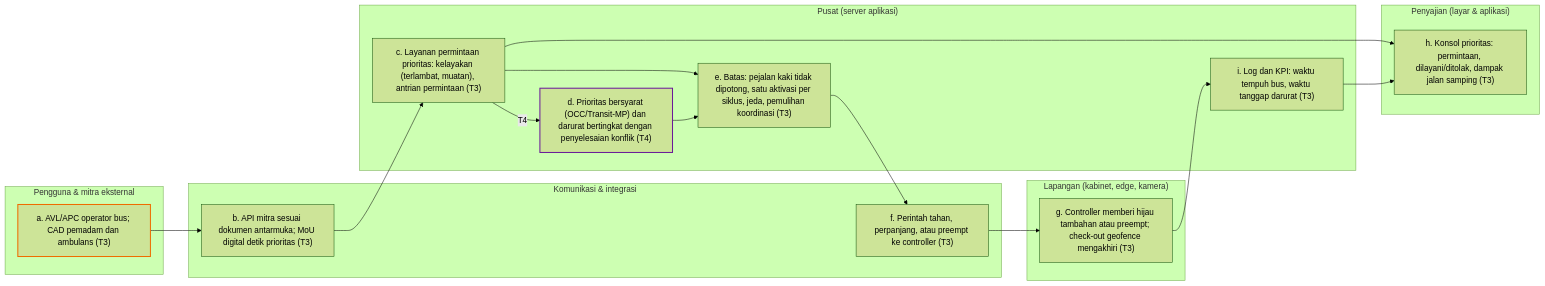
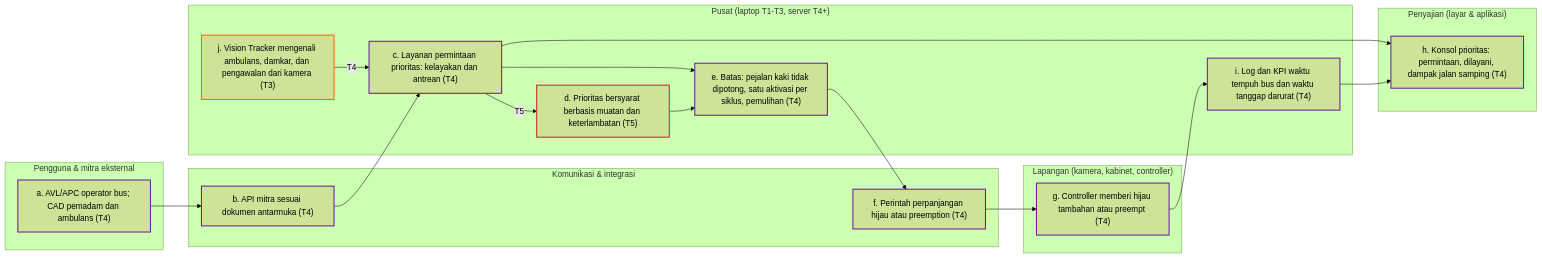
One commit to lionateofhaidar/irama-project changed the eighth of 12 diagrams in docs/planning/diagram/_bagian_diagram.md. Above: the diagram before and after it, drawn with Mermaid (forest theme). The commit also changed other lines of this file and 75 other files, not shown here.

First line of the commit message:
Revisi fokus T2 Vision Tracker dan Optimasi Simpang; dokumen 14 sampai 16; diagram dirutekan ulang

````diff
--- a/docs/planning/diagram/_bagian_diagram.md
+++ b/docs/planning/diagram/_bagian_diagram.md
@@ -409,34 +442,40 @@
 ```mermaid
 flowchart LR
   subgraph P["Pengguna & mitra eksternal"]
-    F08a["a. AVL/APC operator bus; CAD pemadam dan ambulans (T3)"]
+    F08a["a. AVL/APC operator bus; CAD pemadam dan ambulans (T4)"]
   end
   subgraph U["Penyajian (layar & aplikasi)"]
-    F08h["h. Konsol prioritas: permintaan, dilayani/ditolak, dampak jalan samping (T3)"]
+    F08h["h. Konsol prioritas: permintaan, dilayani, dampak jalan samping (T4)"]
   end
-  subgraph S["Pusat (server aplikasi)"]
-    F08c["c. Layanan permintaan prioritas: kelayakan (terlambat, muatan), antrian permintaan (T3)"]
-    F08d["d. Prioritas bersyarat (OCC/Transit-MP) dan darurat bertingkat dengan penyelesaian konflik (T4)"]
-    F08e["e. Batas: pejalan kaki tidak dipotong, satu aktivasi per siklus, jeda, pemulihan koordinasi (T3)"]
-    F08i["i. Log dan KPI: waktu tempuh bus, waktu tanggap darurat (T3)"]
+  subgraph S["Pusat (laptop T1-T3, server T4+)"]
+    F08j["j. Vision Tracker mengenali ambulans, damkar, dan pengawalan dari kamera (T3)"]
+    F08c["c. Layanan permintaan prioritas: kelayakan dan antrean (T4)"]
+    F08d["d. Prioritas bersyarat berbasis muatan dan keterlambatan (T5)"]
+    F08e["e. Batas: pejalan kaki tidak dipotong, satu aktivasi per siklus, pemulihan (T4)"]
+    F08i["i. Log dan KPI waktu tempuh bus dan waktu tanggap darurat (T4)"]
   end
   subgraph K["Komunikasi & integrasi"]
-    F08b["b. API mitra sesuai dokumen antarmuka; MoU digital detik prioritas (T3)"]
-    F08f["f. Perintah tahan, perpanjang, atau preempt ke controller (T3)"]
+    F08b["b. API mitra sesuai dokumen antarmuka (T4)"]
+    F08f["f. Perintah perpanjangan hijau atau preemption (T4)"]
   end
-  subgraph L["Lapangan (kabinet, edge, kamera)"]
-    F08g["g. Controller memberi hijau tambahan atau preempt; check-out geofence mengakhiri (T3)"]
+  subgraph L["Lapangan (kamera, kabinet, controller)"]
+    F08g["g. Controller memberi hijau tambahan atau preempt (T4)"]
   end
   F08a --> F08b
+  F08j -->|T4| F08c
   F08b --> F08c
-  F08c -->|T4| F08d
+  F08c -->|T5| F08d
   F08c --> F08e
   F08d --> F08e
   F08e --> F08f
   F08f --> F08g
   F08g --> F08i
   F08c --> F08h
   F08i --> F08h
-  style F08a stroke:#EF6C00,stroke-width:2px
-  style F08d stroke:#6A1B9A,stroke-width:2px
+  classDef t3 stroke:#EF6C00,stroke-width:2px
+  class F08j t3
+  classDef t4 stroke:#6A1B9A,stroke-width:2px
+  class F08a,F08b,F08c,F08e,F08f,F08g,F08h,F08i t4
+  classDef t5 stroke:#C62828,stroke-width:2px
+  class F08d t5
 ```
````
